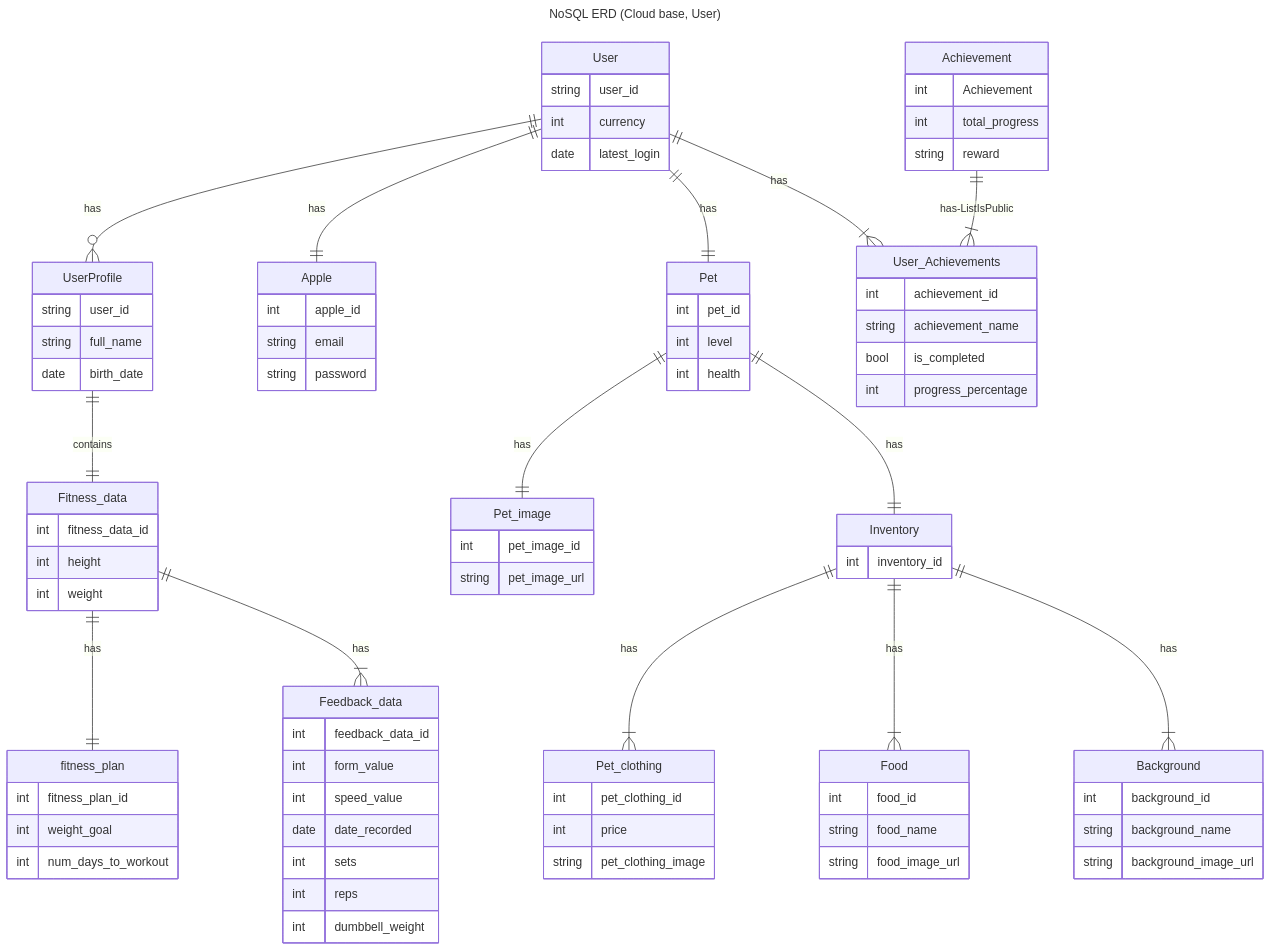
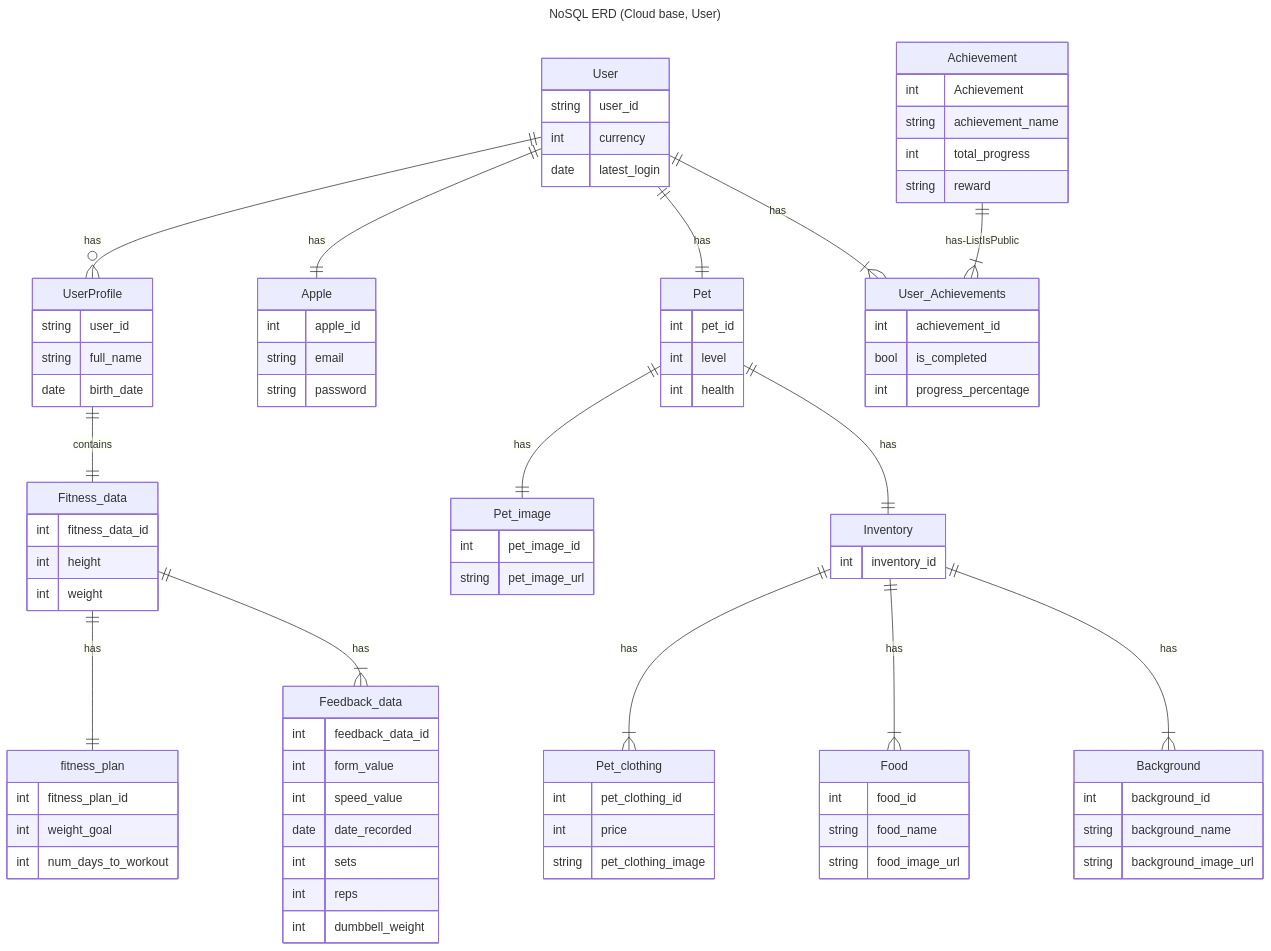
The first of 4 diagrams in documentation/docs/system-architecture/database-diagrams.md (Capstone-Projects-2024-Spring/project-smartweights), drawn with Mermaid before and after one commit.

```diff
--- a/documentation/docs/system-architecture/database-diagrams.md
+++ b/documentation/docs/system-architecture/database-diagrams.md
@@ -106,12 +106,13 @@
     }
    Achievement{
         int Achievement
+        string achievement_name
         int total_progress
         string reward
     }
     User_Achievements{
         int achievement_id
-        string achievement_name
+
          bool is_completed
         int progress_percentage
       
```
